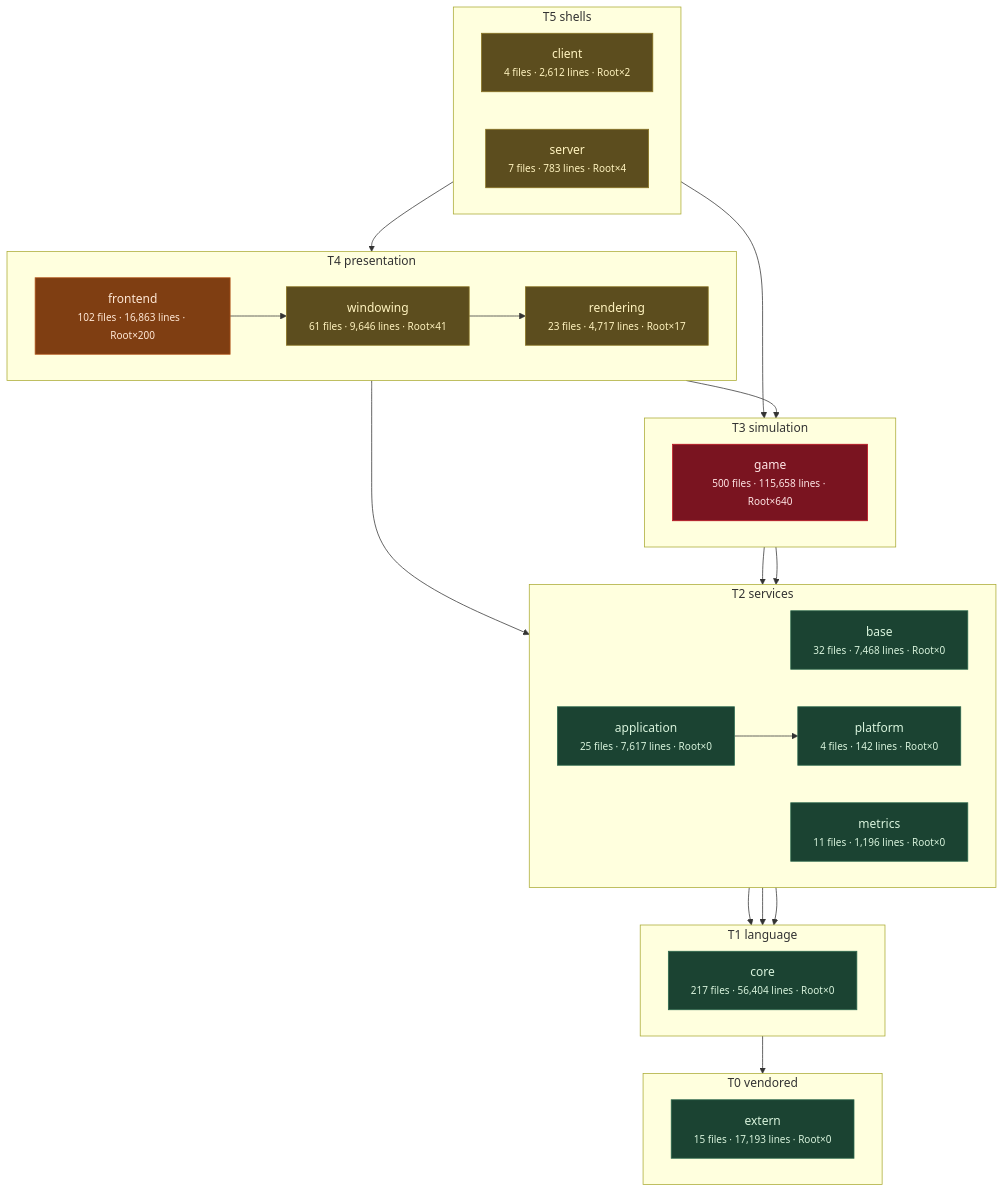
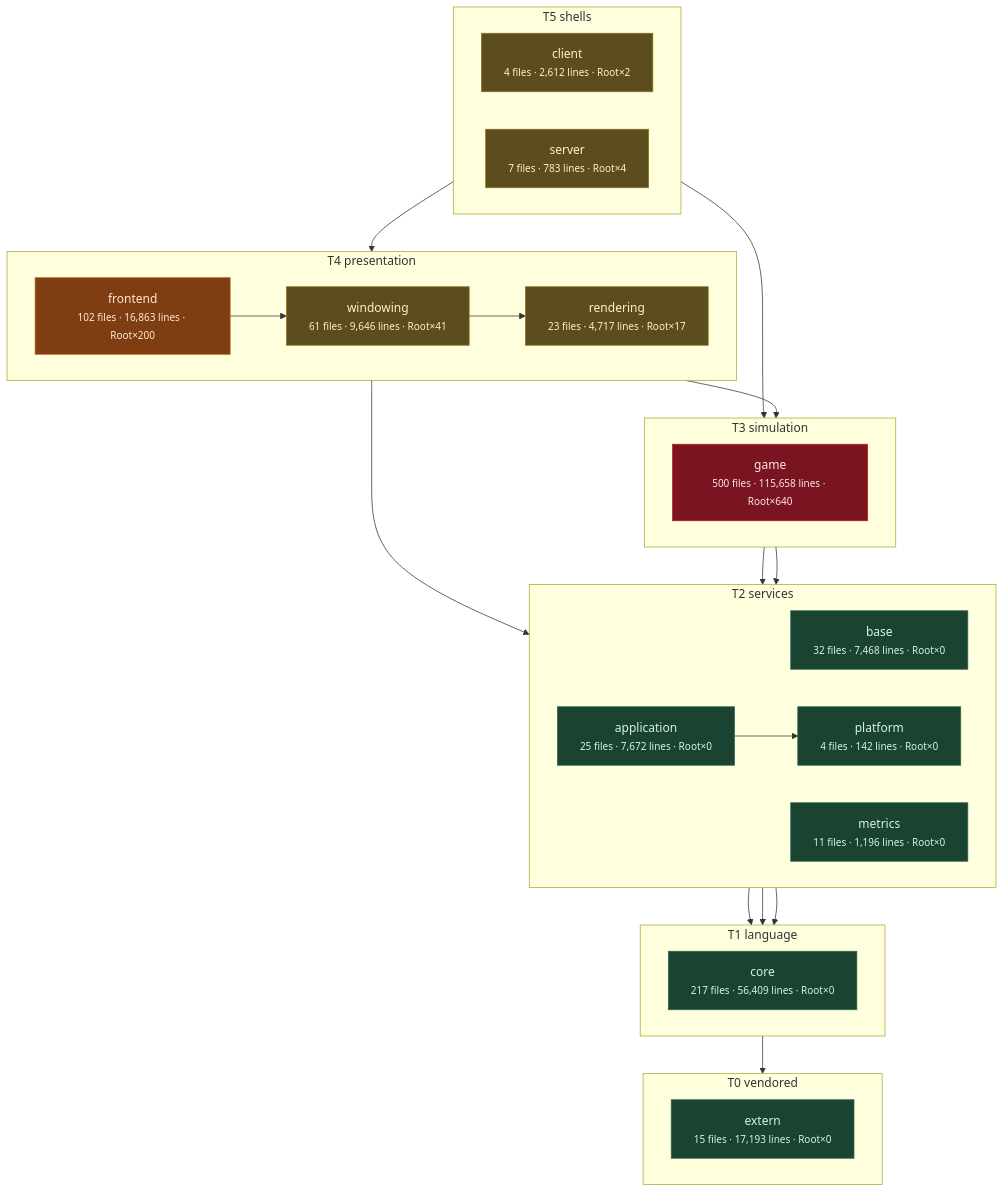
One commit to apnex/OpenStarbound changed the third of 11 diagrams in docs/architecture/system-boundaries.md. Above: the diagram before and after it, drawn with Mermaid. The commit also changed other lines of this file and 7 other files, not shown here.

````diff
--- a/docs/architecture/system-boundaries.md
+++ b/docs/architecture/system-boundaries.md
@@ -271,54 +271,54 @@
 ```mermaid
 flowchart TD
   subgraph T0["T0 vendored"]
     direction LR
     extern["extern<br/><small>15 files · 17,193 lines · Root×0</small>"]
   end
   subgraph T1["T1 language"]
     direction LR
-    core["core<br/><small>217 files · 56,404 lines · Root×0</small>"]
+    core["core<br/><small>217 files · 56,409 lines · Root×0</small>"]
   end
   subgraph T2["T2 services"]
     direction LR
     base["base<br/><small>32 files · 7,468 lines · Root×0</small>"]
     metrics["metrics<br/><small>11 files · 1,196 lines · Root×0</small>"]
     platform["platform<br/><small>4 files · 142 lines · Root×0</small>"]
-    application["application<br/><small>25 files · 7,617 lines · Root×0</small>"]
+    application["application<br/><small>25 files · 7,672 lines · Root×0</small>"]
   end
   subgraph T3["T3 simulation"]
     direction LR
     game["game<br/><small>500 files · 115,658 lines · Root×640</small>"]
   end
   subgraph T4["T4 presentation"]
     direction LR
     rendering["rendering<br/><small>23 files · 4,717 lines · Root×17</small>"]
     windowing["windowing<br/><small>61 files · 9,646 lines · Root×41</small>"]
     frontend["frontend<br/><small>102 files · 16,863 lines · Root×200</small>"]
   end
   subgraph T5["T5 shells"]
     direction LR
     client["client<br/><small>4 files · 2,612 lines · Root×2</small>"]
     server["server<br/><small>7 files · 783 lines · Root×4</small>"]
   end
   core --> extern
   base --> core
   metrics --> core
   platform --> core
   application --> platform
   game --> base
   game --> platform
   rendering --> application
   rendering --> game
   windowing --> rendering
   frontend --> windowing
   client --> frontend
   server --> game
   classDef clean fill:#1b4332,stroke:#2d6a4f,color:#d8f3dc
   classDef warm  fill:#5c4d1e,stroke:#8a7420,color:#fff3bf
   classDef hot   fill:#7f3e12,stroke:#b5561b,color:#ffe8d6
   classDef blaze fill:#7a1420,stroke:#c1121f,color:#ffe5e5
   class extern,core,base,metrics,platform,application clean
   class rendering,windowing,client,server warm
   class frontend hot
   class game blaze
 ```
````
